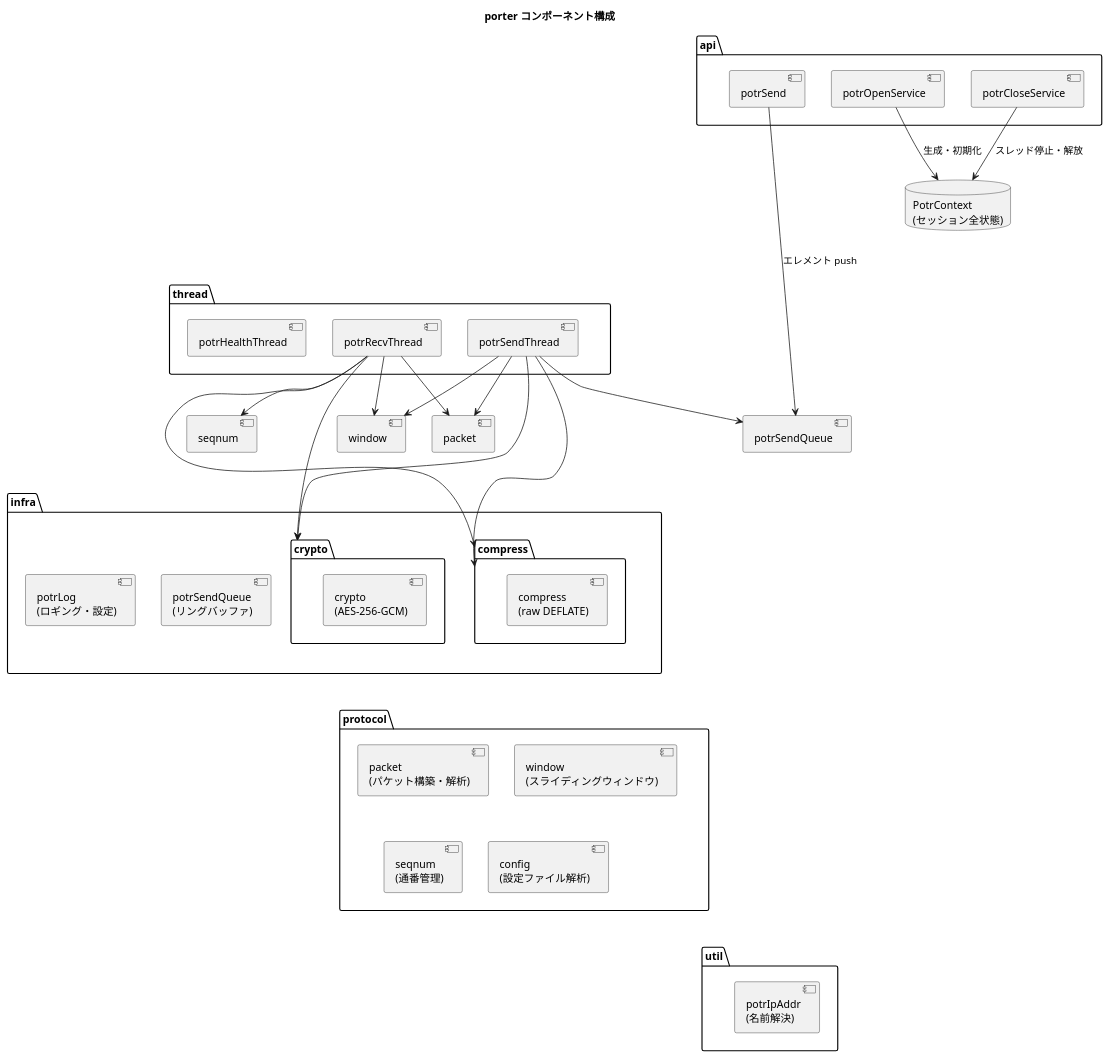
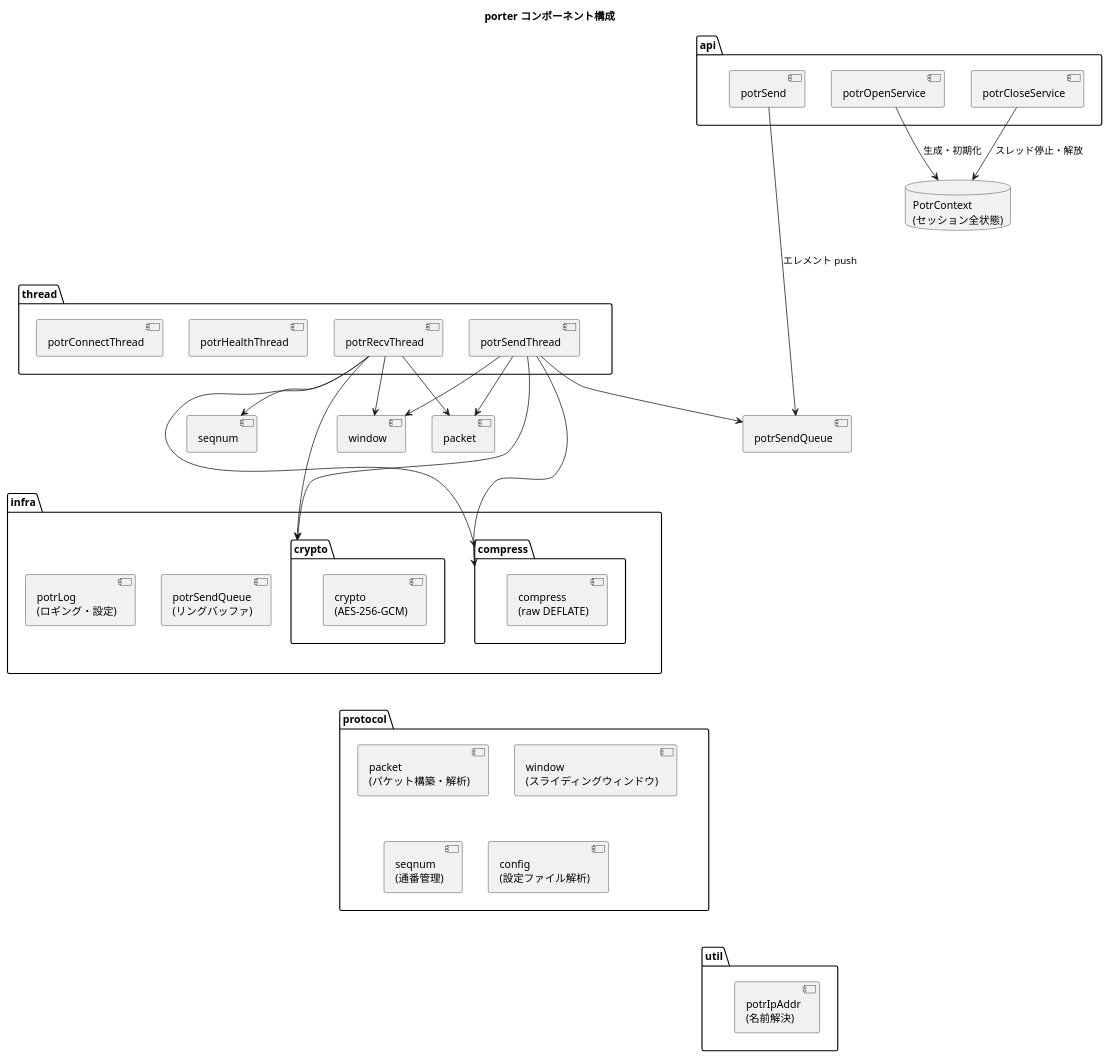
The sixth of 6 diagrams in prod/porter/docs/architecture.md (Hondarer/c-modernization-kit), drawn with PlantUML before and after one commit. The commit also changed other lines of this file and 7 other files, not shown here.

````diff
--- a/prod/porter/docs/architecture.md
+++ b/prod/porter/docs/architecture.md
@@ -159,63 +252,64 @@
 ```plantuml
 @startuml
 title porter コンポーネント構成
 
 package "api" {
   [potrOpenService]
   [potrSend]
   [potrCloseService]
 }
 
 package "thread" {
   [potrRecvThread]
   [potrSendThread]
   [potrHealthThread]
+  [potrConnectThread]
 }
 
 package "protocol" {
   [packet\n(パケット構築・解析)]
   [window\n(スライディングウィンドウ)]
   [seqnum\n(通番管理)]
   [config\n(設定ファイル解析)]
 }
 
 package "infra" {
   [potrSendQueue\n(リングバッファ)]
   [potrLog\n(ロギング・設定)]
   package "compress" {
     [compress\n(raw DEFLATE)]
   }
   package "crypto" {
     [crypto\n(AES-256-GCM)]
   }
 }
 
 package "util" {
   [potrIpAddr\n(名前解決)]
 }
 
 database "PotrContext\n(セッション全状態)" as CTX
 
 [potrOpenService] --> CTX : 生成・初期化
 [potrSend] --> [potrSendQueue] : エレメント push
 [potrCloseService] --> CTX : スレッド停止・解放
 
 [potrSendThread] --> [packet]
 [potrSendThread] --> [window]
 [potrSendThread] --> [compress]
 [potrSendThread] --> [crypto]
 [potrSendThread] --> [potrSendQueue]
 
 [potrRecvThread] --> [packet]
 [potrRecvThread] --> [window]
 [potrRecvThread] --> [seqnum]
 [potrRecvThread] --> [compress]
 [potrRecvThread] --> [crypto]
 
 api -[hidden]--thread
 thread -[hidden]-- infra
 api -[hidden]----- protocol
 protocol -[hidden]--util
 
 @enduml
 ```
````
